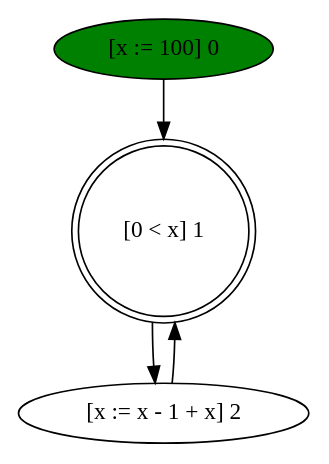
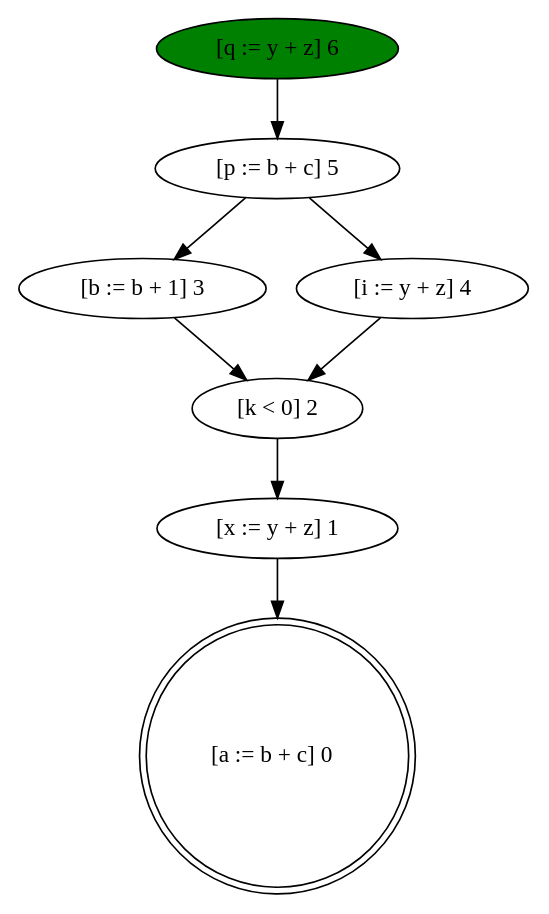
Before and after one commit to SamirToularhmine/Enoso: the diagram in test.dot, drawn with Graphviz. The commit also changed 38 other files, not shown here.

```diff
--- a/test.dot
+++ b/test.dot
@@ -1,11 +1,15 @@
 digraph G {
 {
-1 [shape = doublecircle, label="[0 < x] 1  "]
+6 [style = filled fillcolor = green, label ="[q := y + z] 6" ]
 }
-{1[label= "[0 < x] 1"]} -> { 2 }
+{6[label= "[q := y + z] 6"]} -> { 5 }
+{3[label= "[b := b + 1] 3"]} -> { 2 }
+{2[label= "[k < 0] 2"]} -> { 1 }
+{5[label= "[p := b + c] 5"]} -> { 3 4 }
+{4[label= "[i := y + z] 4"]} -> { 2 }
+{1[label= "[x := y + z] 1"]} -> { 0 }
 {
-0 [style = filled fillcolor = green, label ="[x := 100] 0" ]
+0 [shape = doublecircle, label="[a := b + c] 0  "]
 }
-{0[label= "[x := 100] 0"]} -> { 1 }
-{2[label= "[x := x - 1 + x] 2"]} -> { 1 }
+
 }
```
